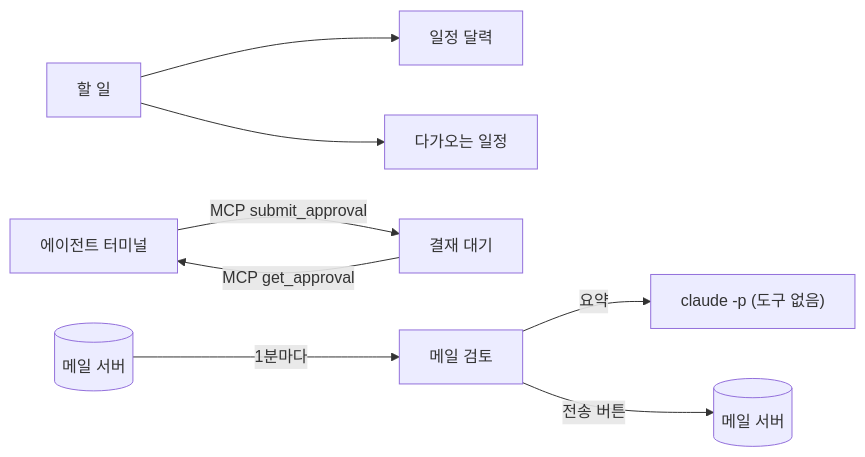
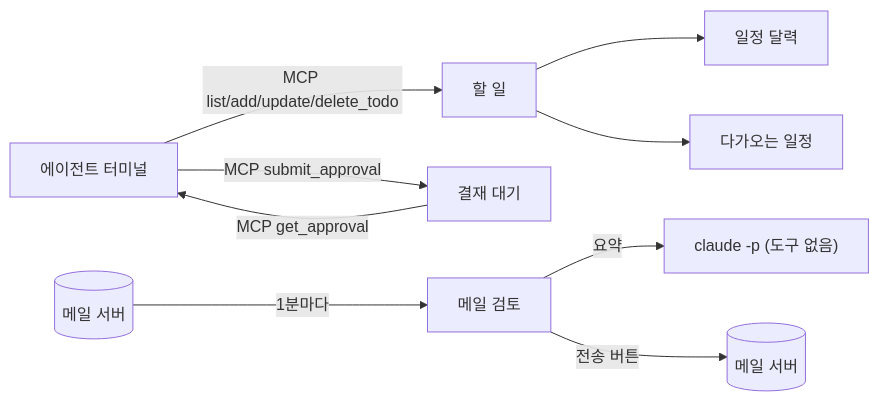
Before and after one commit to tnscjf3146/scheduler: the diagram in docs/features.md, drawn with Mermaid. The commit also changed other lines of this file and 12 other files, not shown here.

````diff
--- a/docs/features.md
+++ b/docs/features.md
@@ -64,10 +65,11 @@
 ```mermaid
 flowchart LR
     Todo[할 일] --> Cal[일정 달력]
     Todo --> Up[다가오는 일정]
     Agent[에이전트 터미널] -- "MCP submit_approval" --> Appr[결재 대기]
     Appr -- "MCP get_approval" --> Agent
+    Agent -- "MCP list/add/update/delete_todo" --> Todo
     IMAP[(메일 서버)] -- 1분마다 --> Mail[메일 검토]
     Mail -- 요약 --> Claude["claude -p (도구 없음)"]
     Mail -- 전송 버튼 --> SMTP[(메일 서버)]
 ```
````
